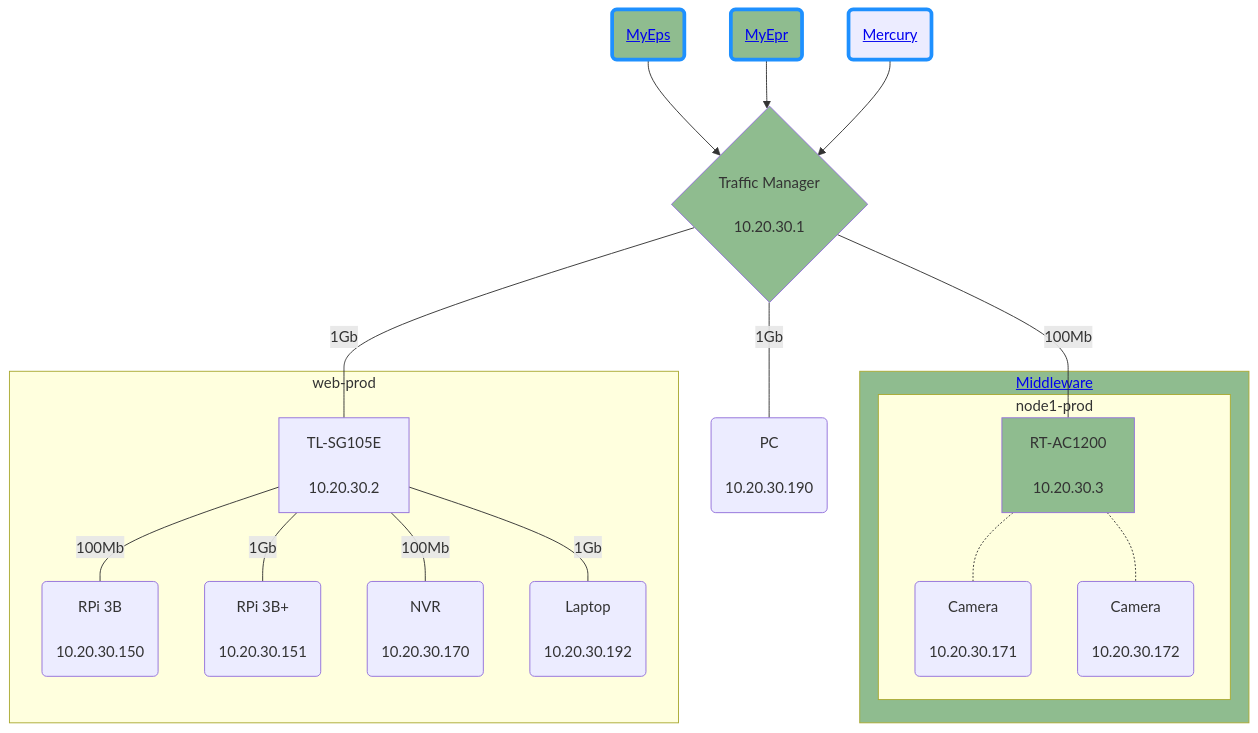
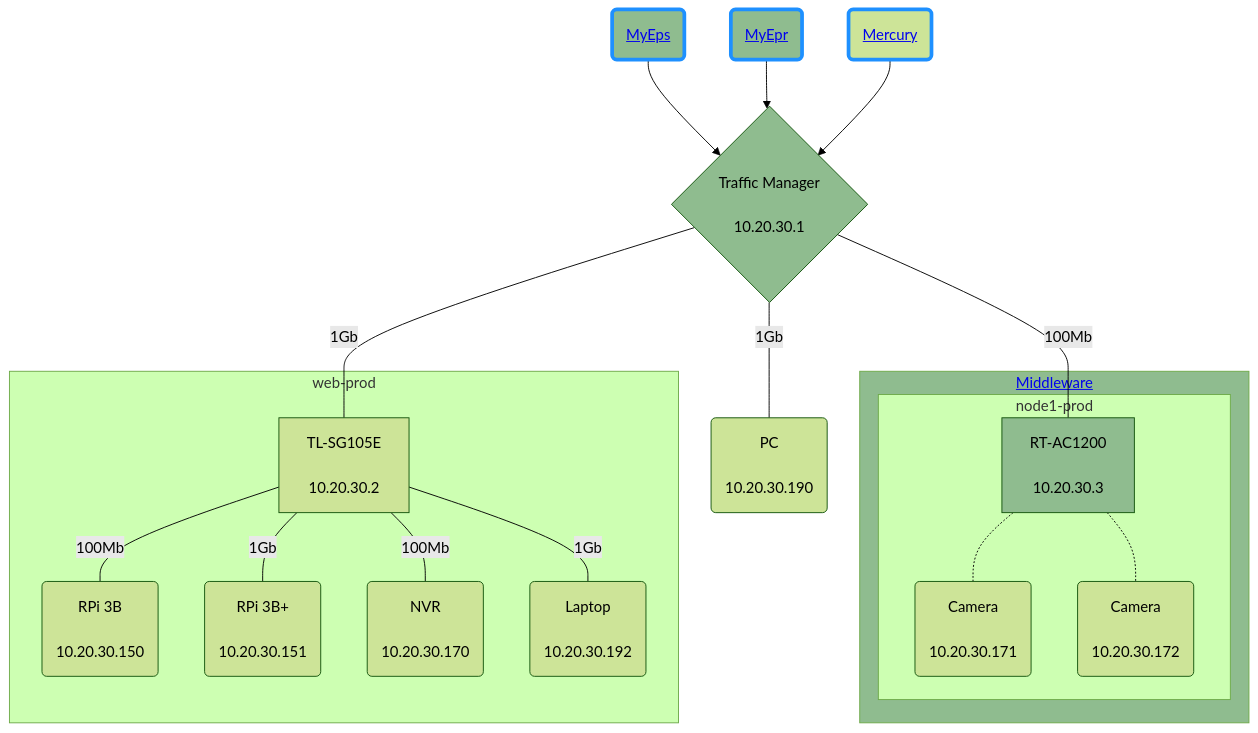
One commit to EproductiveReleases/whatsup changed the diagram in README.md. Above: the diagram before and after it, drawn with Mermaid.

````diff
--- a/README.md
+++ b/README.md
@@ -3,41 +3,41 @@
 ```mermaid
-%%{init: {'theme': 'default', "flowchart" : { "curve" : "basis" } } }%%
+%%{init: {'theme': 'forest', "flowchart" : { "curve" : "basis" } } }%%
 graph TD
  linkStyle default interpolate basis
  myeps(<center><a href='https://github.com/EproductiveReleases/whatsup/blob/main/applications/myeps/README.md'>MyEps</a></center>)-->tm
  myepr(<center><a href='https://github.com/EproductiveReleases/whatsup/blob/main/applications/myepr/README.md'>MyEpr</a></center>)-->tm
  mercury(<center><a href='https://github.com/EproductiveReleases/whatsup/blob/main/applications/mercury/README.md'>Mercury</a></center>)-->tm
  tm{<center>Traffic Manager<br><br>10.20.30.1</center>}
  tm---|100Mb|ap[<center>RT-AC1200<br><br>10.20.30.3</center>]
  tm---|1Gb|pc(<center>PC<br><br>10.20.30.190</center>)
  tm---|1Gb|switch[<center>TL-SG105E<br><br>10.20.30.2</center>]
  subgraph node-pool[<center><a href='https://github.com/EproductiveReleases/whatsup/blob/main/applications/myeps/README.md'>Middleware</a></center>]
   subgraph node1-prod
   ap:::up-.-cam1(<center>Camera<br><br>10.20.30.171</center>)
   ap-.-cam2(<center>Camera<br><br>10.20.30.172</center>)
   end
  end
  subgraph web-prod
  switch---|100Mb|pi1(<center>RPi 3B<br><br>10.20.30.150</center>)
  switch---|1Gb|pi2(<center>RPi 3B+<br><br>10.20.30.151</center>)
  switch---|100Mb|nvr(<center>NVR<br><br>10.20.30.170</center>)
  switch---|1Gb|laptop(<center>Laptop<br><br>10.20.30.192</center>)
  end
 
 classDef up fill:darkseagreen
 classDef issue fill:orange
 classDef down fill:orangered
 
 classDef app stroke:dodgerblue,stroke-width:4px
 
 myeps:::app
 myepr:::app
 mercury:::app
 
 myeps:::up
 myepr:::up
 tm:::up
 node-pool:::up
 
 
 ```
````
